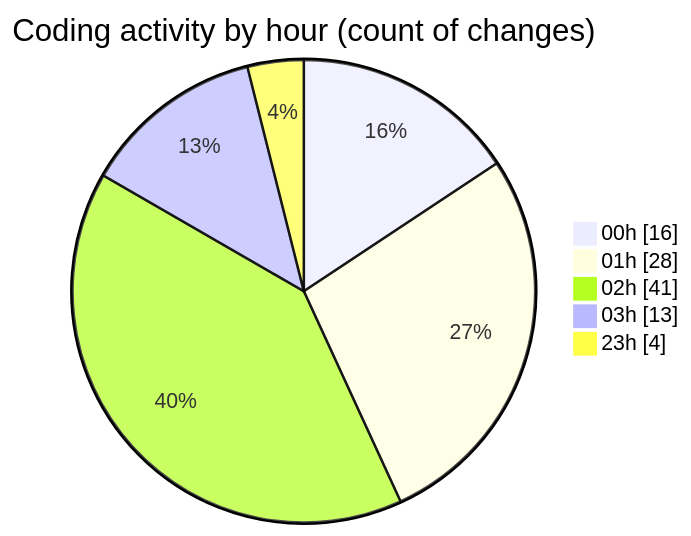
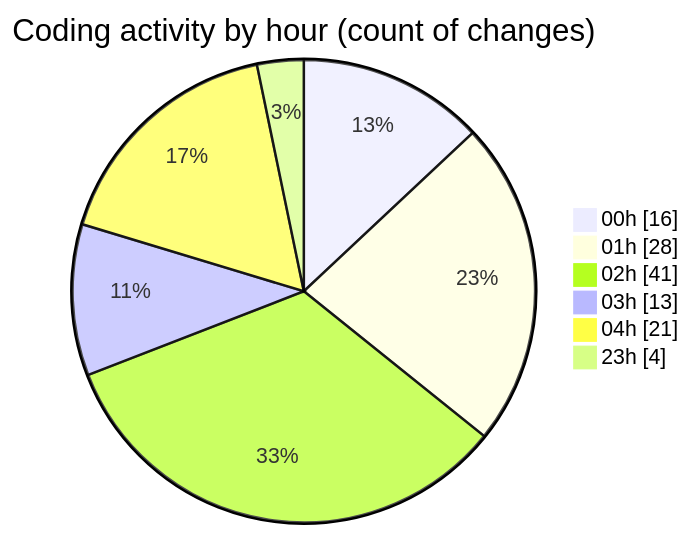
One commit to julien-gomy/code-tracking changed the second of 2 diagrams in 2025-11-23/eventscop-frontend-guide__workspace_/README.md. Above: the diagram before and after it, drawn with Mermaid. The commit also changed other lines of this file and 1 other file, not shown here.

````diff
--- a/2025-11-23/eventscop-frontend-guide__workspace_/README.md
+++ b/2025-11-23/eventscop-frontend-guide__workspace_/README.md
@@ -61,9 +81,10 @@
 ```mermaid
 pie showData
 title Coding activity by hour (count of changes)
 "00h" : 16
 "01h" : 28
 "02h" : 41
 "03h" : 13
+"04h" : 21
 "23h" : 4
 ```
````
